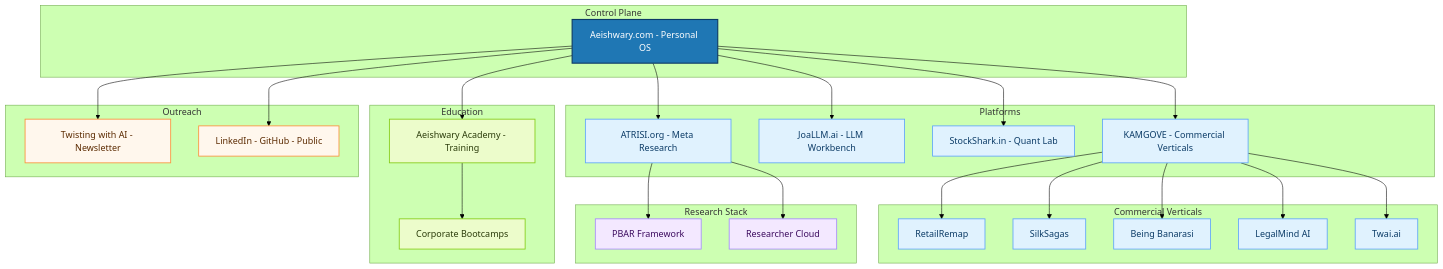
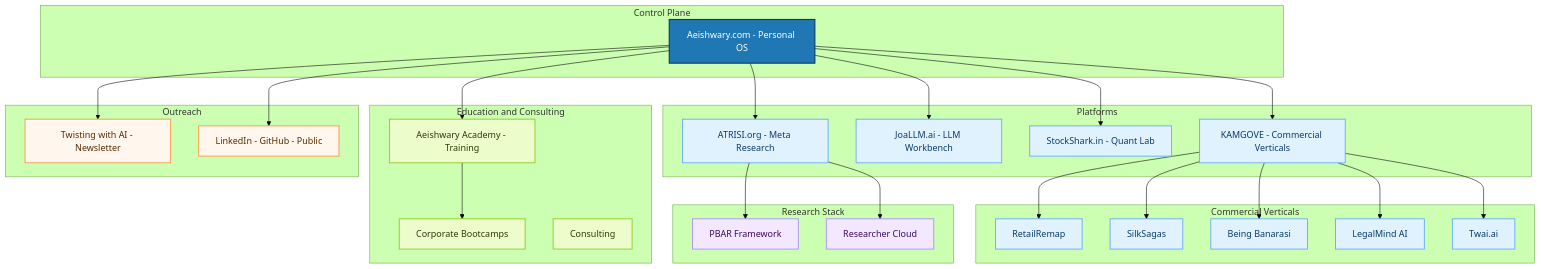
Before and after one commit to aeishwarymishra/portfolio: the second of 3 diagrams in ecosystem.md, drawn with Mermaid (forest theme).

````diff
--- a/ecosystem.md
+++ b/ecosystem.md
@@ -76,80 +76,81 @@
 ```mermaid
 graph TD
 
 %% ================== LAYOUT ==================
 %% Top: Control Plane -> Middle: Platforms/Education -> Bottom: Outreach/Research Stack
 
 %% ---------- Control Plane ----------
 subgraph CP[Control Plane]
   A[Aeishwary.com - Personal OS]
 end
 
 %% ---------- Platforms ----------
 subgraph PL[Platforms]
   B[ATRISI.org - Meta Research]
   D[JoaLLM.ai - LLM Workbench]
   E[StockShark.in - Quant Lab]
   F[KAMGOVE - Commercial Verticals]
 end
 
 %% ---------- KAMGOVE Ventures ----------
 subgraph KV[Commercial Verticals]
   V1[RetailRemap]
   V2[SilkSagas]
   V3[Being Banarasi]
   V4[LegalMind AI]
   V5[Twai.ai]
 end
 
 %% ---------- Education ----------
-subgraph ED[Education]
+subgraph ED[Education and Consulting]
   C[Aeishwary Academy - Training]
   K[Corporate Bootcamps]
+  L[Consulting]
 end
 
 %% ---------- Outreach ----------
 subgraph OC[Outreach]
   G[Twisting with AI - Newsletter]
   H[LinkedIn - GitHub - Public]
 end
 
 %% ---------- Research Stack ----------
 subgraph RS[Research Stack]
   I[PBAR Framework]
   J[Researcher Cloud]
 end
 
 %% ================== EDGES ==================
 A --> B
 A --> C
 A --> D
 A --> E
 A --> F
 A --> G
 A --> H
 
 B --> I
 B --> J
 C --> K
 
 %% KAMGOVE fan-out
 F --> V1
 F --> V2
 F --> V3
 F --> V4
 F --> V5
 
 %% ================== STYLES ==================
 classDef core fill:#1f77b4,color:#ffffff,stroke:#0d3a66,stroke-width:2px;
 classDef product fill:#e0f2fe,color:#0b3b66,stroke:#60a5fa,stroke-width:1.5px;
 classDef edu fill:#ecfccb,color:#2a3b0a,stroke:#84cc16,stroke-width:1.5px;
 classDef outreach fill:#fff7ed,color:#5b2a00,stroke:#fb923c,stroke-width:1.5px;
 classDef research fill:#f3e8ff,color:#3b0a5e,stroke:#a78bfa,stroke-width:1.5px;
 
 class A core;
 class B,D,E,F product;
 class V1,V2,V3,V4,V5 product;
-class C,K edu;
+class C,K,L edu;
 class G,H outreach;
 class I,J research;
 ```
````
